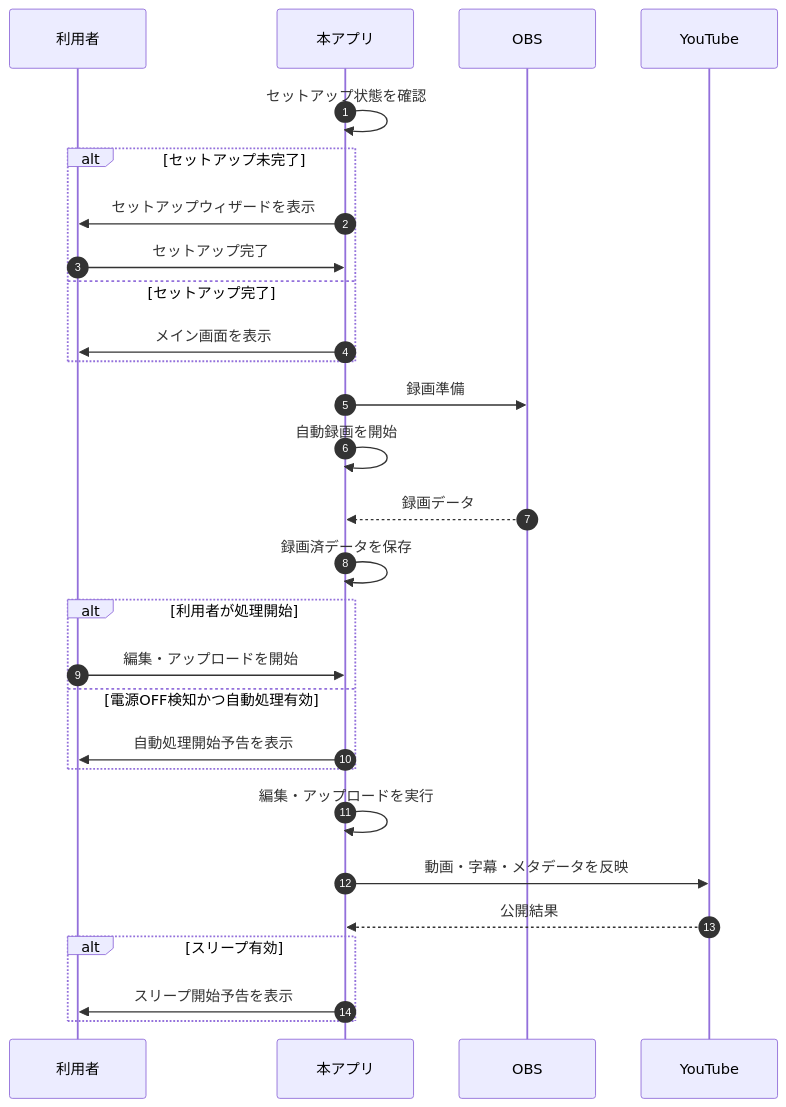
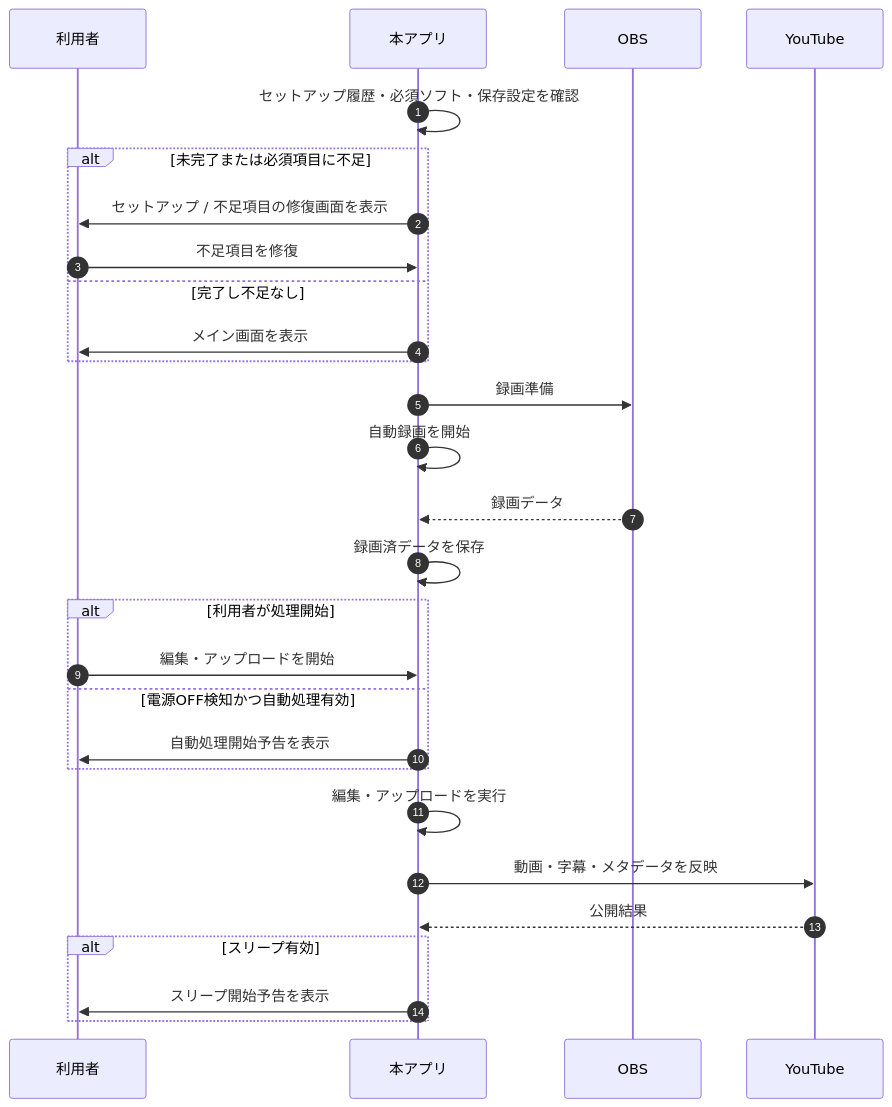
The fourth of 8 diagrams in docs/external_spec.md (saw4405/splat-replay2), drawn with Mermaid before and after one commit. The commit also changed other lines of this file and 13 other files, not shown here.

````diff
--- a/docs/external_spec.md
+++ b/docs/external_spec.md
@@ -143,30 +150,30 @@
 ```mermaid
 sequenceDiagram
     autonumber
     participant User as 利用者
     participant App as 本アプリ
     participant OBS
     participant YT as YouTube
-    App->>App: セットアップ状態を確認
-    alt セットアップ未完了
-        App->>User: セットアップウィザードを表示
-        User->>App: セットアップ完了
-    else セットアップ完了
+    App->>App: セットアップ履歴・必須ソフト・保存設定を確認
+    alt 未完了または必須項目に不足
+        App->>User: セットアップ / 不足項目の修復画面を表示
+        User->>App: 不足項目を修復
+    else 完了し不足なし
         App->>User: メイン画面を表示
     end
     App->>OBS: 録画準備
     App->>App: 自動録画を開始
     OBS-->>App: 録画データ
     App->>App: 録画済データを保存
     alt 利用者が処理開始
         User->>App: 編集・アップロードを開始
     else 電源OFF検知かつ自動処理有効
         App->>User: 自動処理開始予告を表示
     end
     App->>App: 編集・アップロードを実行
     App->>YT: 動画・字幕・メタデータを反映
     YT-->>App: 公開結果
     alt スリープ有効
         App->>User: スリープ開始予告を表示
     end
 ```
````
